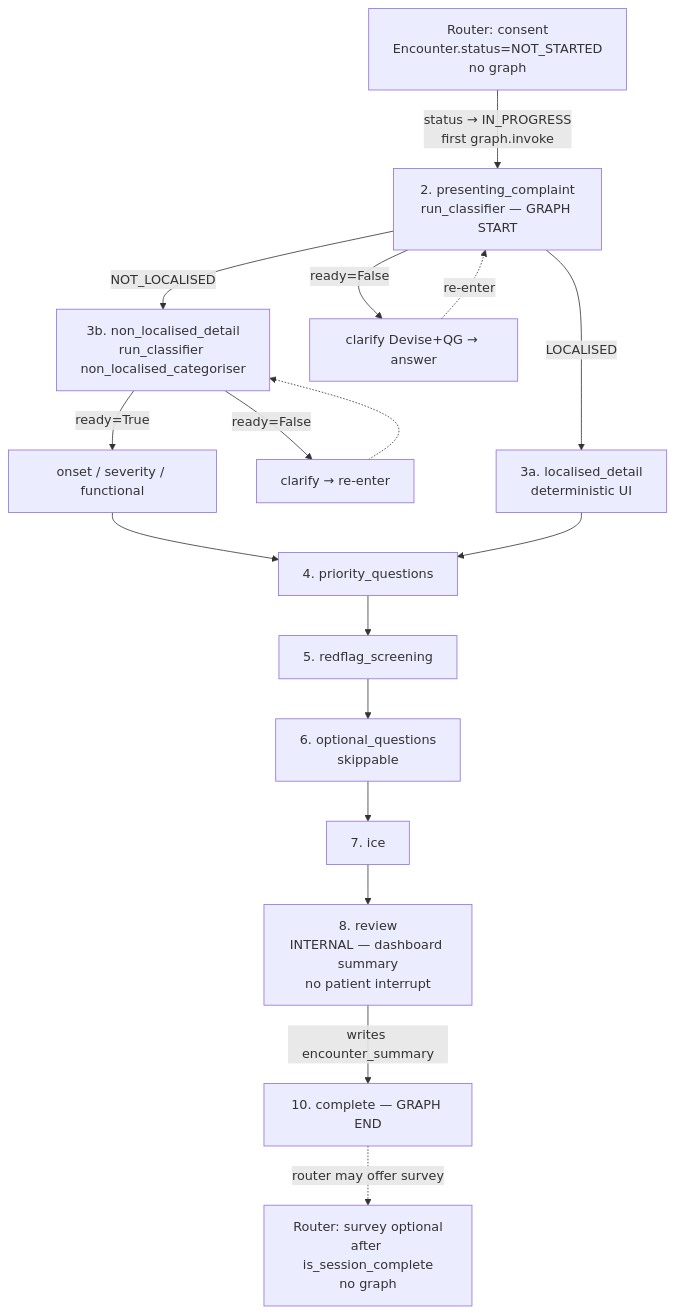
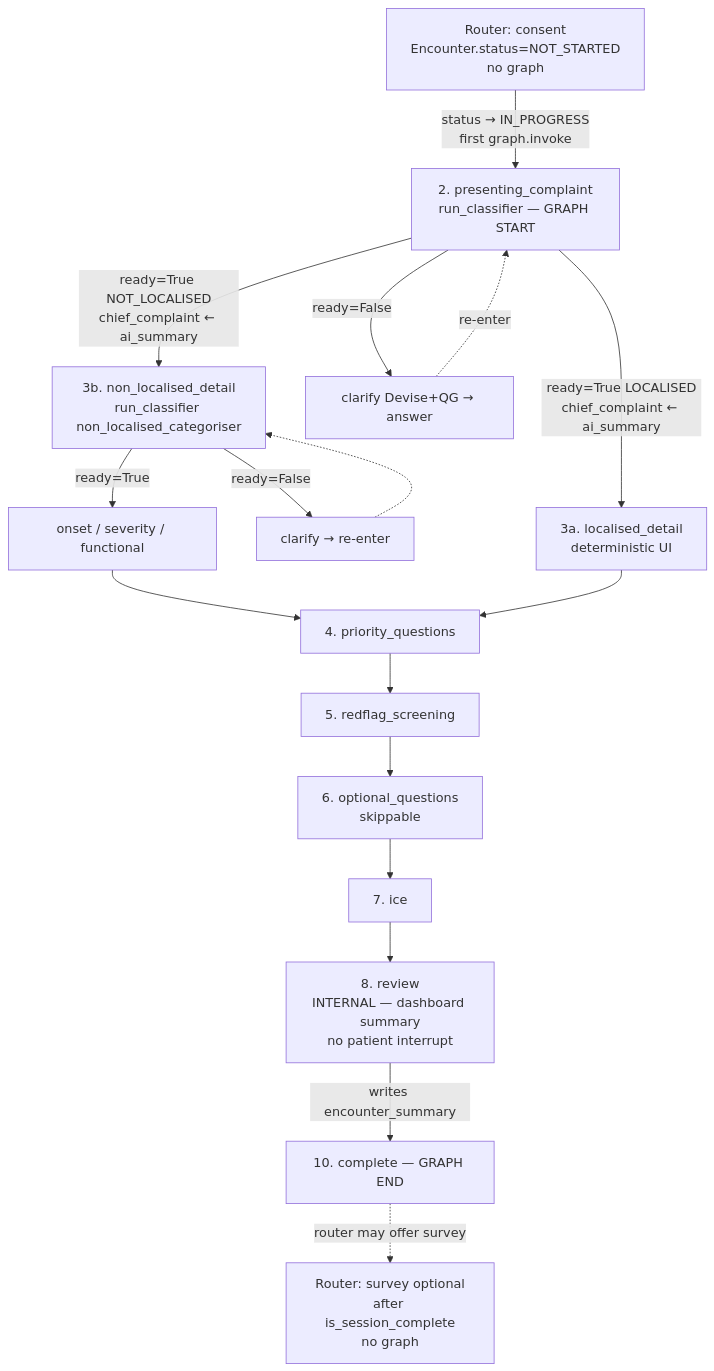
One commit to Align-Health-Tech/Align-Main changed the diagram in docs/structures/USERFLOW.md. Above: the diagram before and after it, drawn with Mermaid. The commit also changed other lines of this file and 37 other files, not shown here.

````diff
--- a/docs/structures/USERFLOW.md
+++ b/docs/structures/USERFLOW.md
@@ -1,31 +1,31 @@
 ```mermaid
 flowchart TD
     R0[Router: consent<br/>Encounter.status=NOT_STARTED<br/>no graph]
     A2[2. presenting_complaint<br/>run_classifier — GRAPH START]
     A3a[3a. localised_detail<br/>deterministic UI]
     A3b[3b. non_localised_detail<br/>run_classifier non_localised_categoriser]
     A4[4. priority_questions]
     A5[5. redflag_screening]
     A6[6. optional_questions<br/>skippable]
     A7[7. ice]
     A8[8. review<br/>INTERNAL — dashboard summary<br/>no patient interrupt]
     A10[10. complete — GRAPH END]
     R9[Router: survey optional<br/>after is_session_complete<br/>no graph]
 
     R0 -->|status → IN_PROGRESS<br/>first graph.invoke| A2
 
     A2 -->|ready=False| B1[clarify Devise+QG → answer]
     B1 -.->|re-enter| A2
-    A2 -->|LOCALISED| A3a
-    A2 -->|NOT_LOCALISED| A3b
+    A2 -->|ready=True LOCALISED<br/>chief_complaint ← ai_summary| A3a
+    A2 -->|ready=True NOT_LOCALISED<br/>chief_complaint ← ai_summary| A3b
 
     A3b -->|ready=False| B2[clarify → re-enter]
     B2 -.-> A3b
     A3b -->|ready=True| B3[onset / severity / functional]
     B3 --> A4
     A3a --> A4
 
     A4 --> A5 --> A6 --> A7 --> A8
     A8 -->|writes encounter_summary| A10
     A10 -.->|router may offer survey| R9
 ```
````
